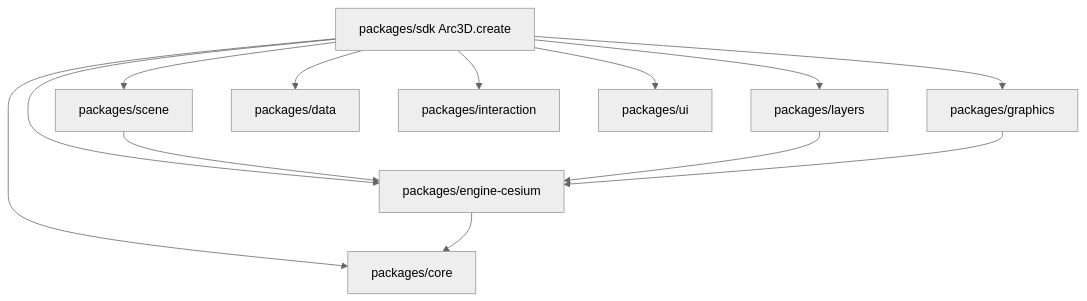
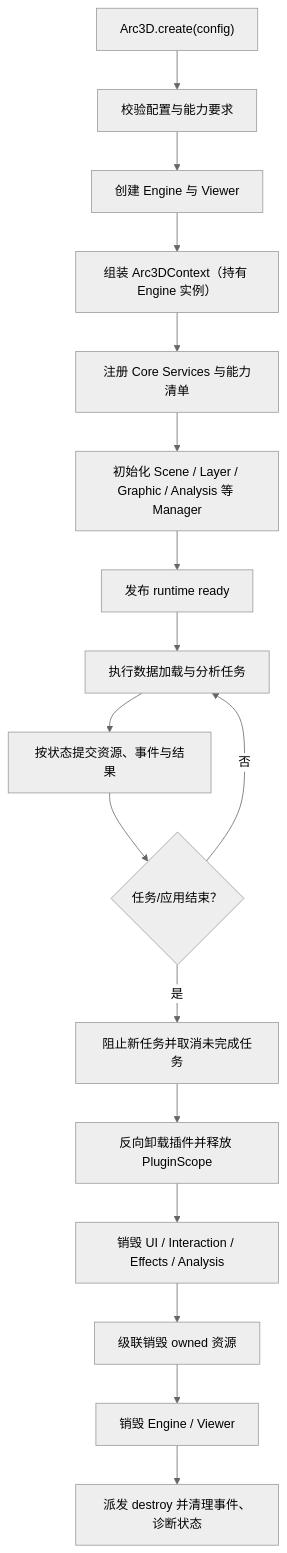
Before and after one commit to jianlei-wang/Arc3DLab_SDK: the third of 3 diagrams in .monkeycode/specs/2026-10-08-arc3dlab-sdk-runtime/design.md, drawn with Mermaid (neutral theme). The commit also changed other lines of this file and 96 other files, not shown here.

First line of the commit message:
feat: harden SDK runtime contracts and audit follow-ups

````diff
--- a/.monkeycode/specs/2026-10-08-arc3dlab-sdk-runtime/design.md
+++ b/.monkeycode/specs/2026-10-08-arc3dlab-sdk-runtime/design.md
@@ -14,15 +173,19 @@
 ```mermaid
-graph TD
-    SDK["packages/sdk Arc3D.create"] --> Core["packages/core"]
-    SDK --> Engine["packages/engine-cesium"]
-    SDK --> Scene["packages/scene"]
-    SDK --> Layers["packages/layers"]
-    SDK --> Graphics["packages/graphics"]
-    SDK --> Data["packages/data"]
-    SDK --> Interaction["packages/interaction"]
-    SDK --> UI["packages/ui"]
-    Engine --> Core
-    Scene --> Engine
-    Layers --> Engine
-    Graphics --> Engine
+flowchart TD
+  A["Arc3D.create(config)"] --> B["校验配置与能力要求"]
+  B --> C["创建 Engine 与 Viewer"]
+  C --> D["组装 Arc3DContext（持有 Engine 实例）"]
+  D --> E["注册 Core Services 与能力清单"]
+  E --> F["初始化 Scene / Layer / Graphic / Analysis 等 Manager"]
+  F --> G["发布 runtime ready"]
+  G --> H["执行数据加载与分析任务"]
+  H --> I["按状态提交资源、事件与结果"]
+  I --> J{"任务/应用结束？"}
+  J -- 否 --> H
+  J -- 是 --> K["阻止新任务并取消未完成任务"]
+  K --> L["反向卸载插件并释放 PluginScope"]
+  L --> M["销毁 UI / Interaction / Effects / Analysis"]
+  M --> N["级联销毁 owned 资源"]
+  N --> O["销毁 Engine / Viewer"]
+  O --> P["派发 destroy 并清理事件、诊断状态"]
 ```
````
